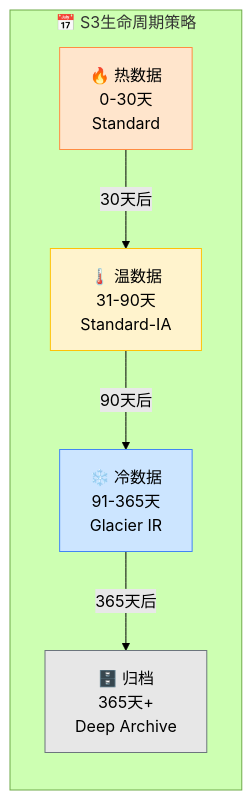
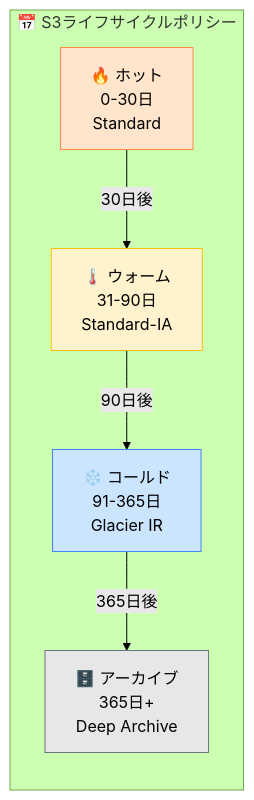
The second of 2 diagrams in README.md (yincma/AWS-Handson-Datalake), drawn with Mermaid (forest theme) before and after one commit. The commit also changed other lines of this file and 2 other files, not shown here.

````diff
--- a/README.md
+++ b/README.md
@@ -166,18 +167,18 @@
 ```mermaid
 graph LR
-    subgraph lifecycle["📅 S3生命周期策略"]
-        HOT["🔥 热数据<br/>0-30天<br/>Standard"]
-        WARM["🌡️ 温数据<br/>31-90天<br/>Standard-IA"]
-        COLD["❄️ 冷数据<br/>91-365天<br/>Glacier IR"]
-        ARCHIVE["🗄️ 归档<br/>365天+<br/>Deep Archive"]
+    subgraph lifecycle["📅 S3ライフサイクルポリシー"]
+        HOT["🔥 ホット<br/>0-30日<br/>Standard"]
+        WARM["🌡️ ウォーム<br/>31-90日<br/>Standard-IA"]
+        COLD["❄️ コールド<br/>91-365日<br/>Glacier IR"]
+        ARCHIVE["🗄️ アーカイブ<br/>365日+<br/>Deep Archive"]
         
-        HOT -->|30天后| WARM
-        WARM -->|90天后| COLD
-        COLD -->|365天后| ARCHIVE
+        HOT -->|30日後| WARM
+        WARM -->|90日後| COLD
+        COLD -->|365日後| ARCHIVE
     end
     
     style HOT fill:#FFE5CC,stroke:#FF8C42
     style WARM fill:#FFF3CD,stroke:#FFC107
     style COLD fill:#CCE5FF,stroke:#4285F4
     style ARCHIVE fill:#E7E7E7,stroke:#6C757D
 ```
````
